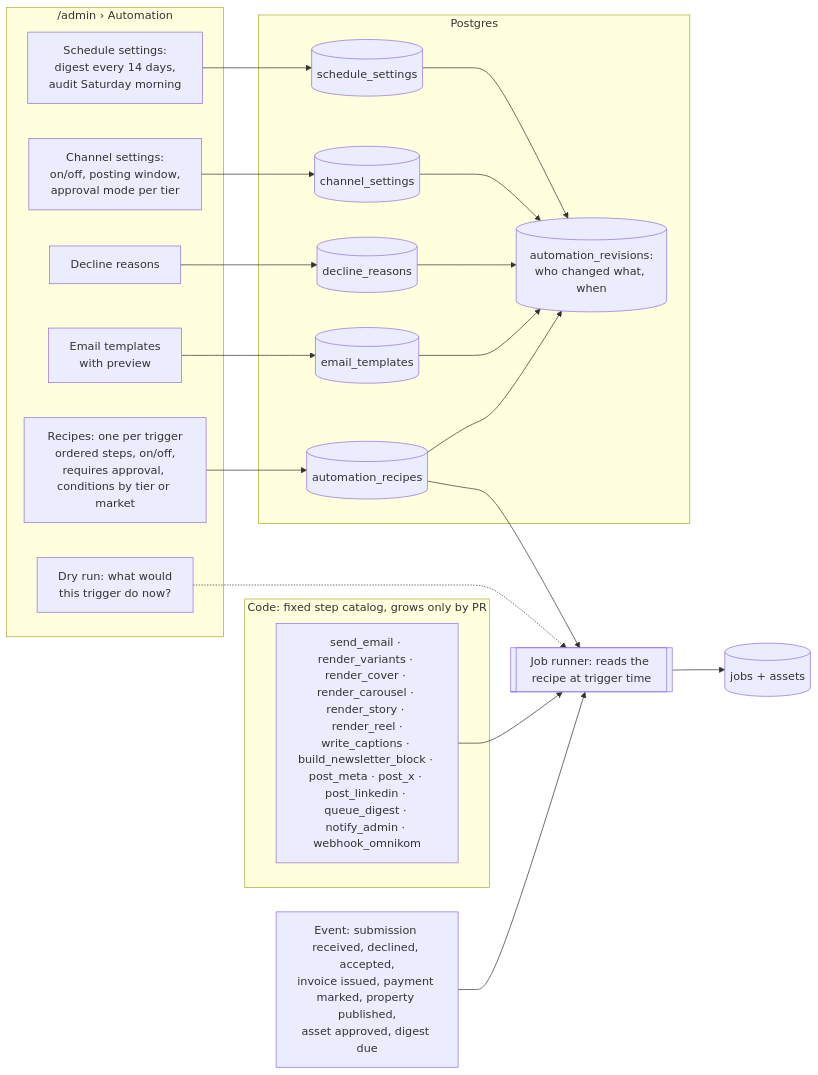
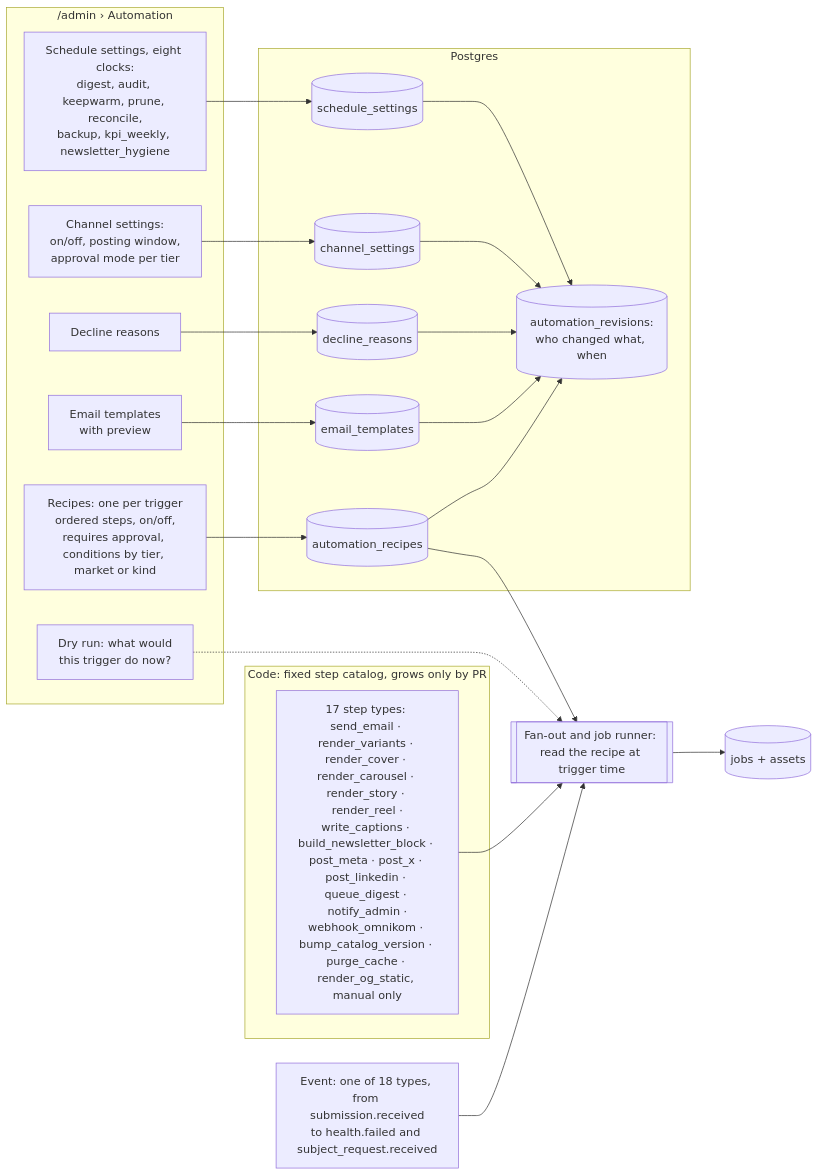
Before and after one commit to AbdulrahmanAmer/matter-of-place: the second of 3 diagrams in workspace/03-diagrams/admin-os.md, drawn with Mermaid. The commit also changed other lines of this file and 104 other files, not shown here.

First line of the commit message:
Traceability audit rounds 5 and 6; diagrams brought in line with the plans; rulings G58 to G65

````diff
--- a/workspace/03-diagrams/admin-os.md
+++ b/workspace/03-diagrams/admin-os.md
@@ -33,37 +34,37 @@
 ```mermaid
 flowchart LR
   subgraph ADMIN["/admin › Automation"]
-    R[Recipes: one per trigger<br/>ordered steps, on/off,<br/>requires approval, conditions by tier or market]
+    R[Recipes: one per trigger<br/>ordered steps, on/off,<br/>requires approval, conditions by tier, market or kind]
     T[Email templates<br/>with preview]
     D[Decline reasons]
     C[Channel settings:<br/>on/off, posting window,<br/>approval mode per tier]
-    S[Schedule settings:<br/>digest every 14 days,<br/>audit Saturday morning]
+    S[Schedule settings, eight clocks:<br/>digest, audit, keepwarm, prune, reconcile,<br/>backup, kpi_weekly, newsletter_hygiene]
     DRY[Dry run: what would<br/>this trigger do now?]
   end
   subgraph DB[Postgres]
     AR[(automation_recipes)]
     ET[(email_templates)]
     DR[(decline_reasons)]
     CS[(channel_settings)]
     SS[(schedule_settings)]
     REV[(automation_revisions:<br/>who changed what, when)]
   end
   subgraph CODE[Code: fixed step catalog, grows only by PR]
-    CAT[send_email · render_variants · render_cover · render_carousel · render_story · render_reel ·<br/>write_captions · build_newsletter_block · post_meta · post_x · post_linkedin · queue_digest · notify_admin · webhook_omnikom]
+    CAT[17 step types: send_email · render_variants · render_cover · render_carousel · render_story · render_reel ·<br/>write_captions · build_newsletter_block · post_meta · post_x · post_linkedin · queue_digest · notify_admin ·<br/>webhook_omnikom · bump_catalog_version · purge_cache · render_og_static, manual only]
   end
-  EV[Event: submission received, declined, accepted,<br/>invoice issued, payment marked, property published,<br/>asset approved, digest due]
-  RUN[[Job runner: reads the recipe at trigger time]]
+  EV[Event: one of 18 types, from submission.received<br/>to health.failed and subject_request.received]
+  RUN[[Fan-out and job runner: read the recipe at trigger time]]
   JOBS[(jobs + assets)]
 
   R --> AR
   T --> ET
   D --> DR
   C --> CS
   S --> SS
   AR & ET & DR & CS & SS --> REV
   EV --> RUN
   AR --> RUN
   CAT --> RUN
   RUN --> JOBS
   DRY -.-> RUN
 ```
````
